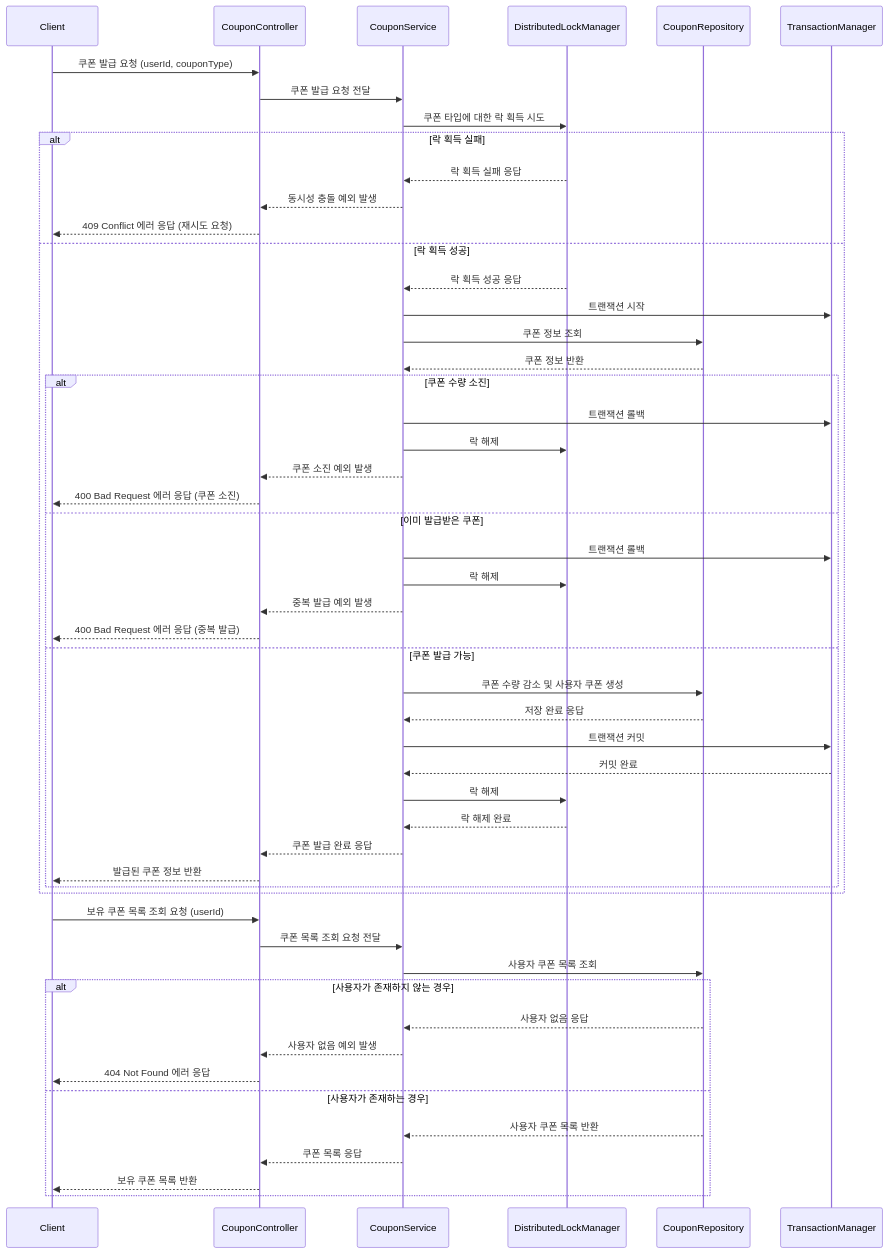
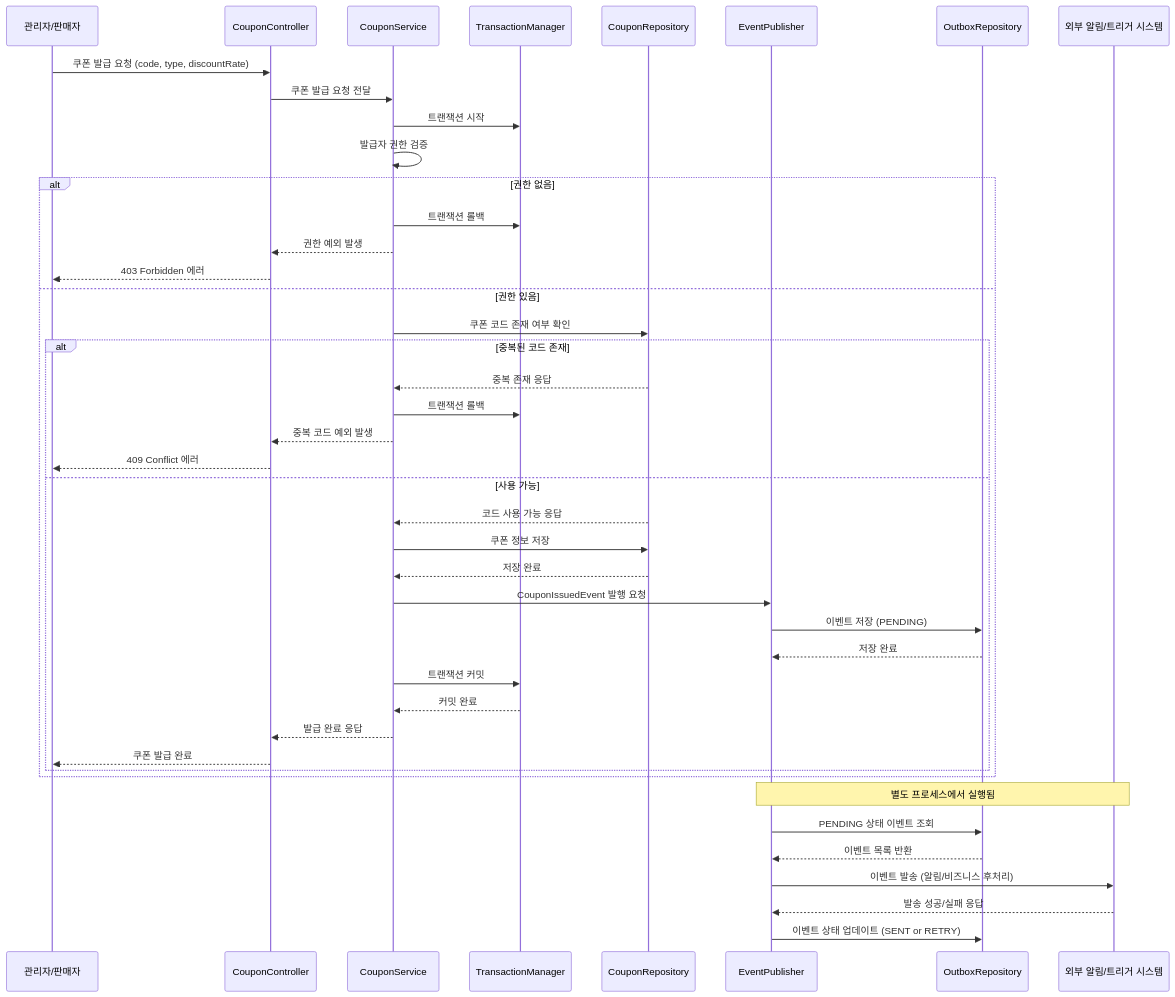
One commit to thedev-junyoung/hanghae-plus-2wd changed the diagram in docs/sequence-diagram/쿠폰발급&조회.md. Above: the diagram before and after it, drawn with Mermaid. The commit also changed 5 other files, not shown here.

````diff
--- a/docs/sequence-diagram/쿠폰발급&조회.md
+++ b/docs/sequence-diagram/쿠폰발급&조회.md
@@ -2,74 +2,66 @@
 ```mermaid
 sequenceDiagram
-    participant Client
+    participant AdminOrSeller as 관리자/판매자
     participant CouponController
     participant CouponService
-    participant DistributedLockManager
+    participant TransactionManager
     participant CouponRepository
-    participant TransactionManager
+    participant EventPublisher
+    participant OutboxRepository
+    participant ExternalTriggerSystem as 외부 알림/트리거 시스템
 
-    %% 선착순 쿠폰 발급 프로세스
-    Client->>CouponController: 쿠폰 발급 요청 (userId, couponType)
+%% 쿠폰 발급 요청
+    AdminOrSeller->>CouponController: 쿠폰 발급 요청 (code, type, discountRate)
     CouponController->>CouponService: 쿠폰 발급 요청 전달
-    
-    %% 분산 락 획득 시도
-    CouponService->>DistributedLockManager: 쿠폰 타입에 대한 락 획득 시도
-    
-    alt 락 획득 실패
-        DistributedLockManager-->>CouponService: 락 획득 실패 응답
-        CouponService-->>CouponController: 동시성 충돌 예외 발생
-        CouponController-->>Client: 409 Conflict 에러 응답 (재시도 요청)
-    else 락 획득 성공
-        DistributedLockManager-->>CouponService: 락 획득 성공 응답
-        
-        %% 트랜잭션 시작
-        CouponService->>TransactionManager: 트랜잭션 시작
-        
-        %% 쿠폰 정보 조회
-        CouponService->>CouponRepository: 쿠폰 정보 조회
-        CouponRepository-->>CouponService: 쿠폰 정보 반환
-        
-        %% 쿠폰 발급 가능 여부 확인
-        alt 쿠폰 수량 소진
+
+%% 트랜잭션 시작
+    CouponService->>TransactionManager: 트랜잭션 시작
+
+%% 발급자 권한 검증
+    CouponService->>CouponService: 발급자 권한 검증
+    alt 권한 없음
+        CouponService->>TransactionManager: 트랜잭션 롤백
+        CouponService-->>CouponController: 권한 예외 발생
+        CouponController-->>AdminOrSeller: 403 Forbidden 에러
+    else 권한 있음
+
+    %% 쿠폰 코드 중복 여부 확인
+        CouponService->>CouponRepository: 쿠폰 코드 존재 여부 확인
+        alt 중복된 코드 존재
+            CouponRepository-->>CouponService: 중복 존재 응답
             CouponService->>TransactionManager: 트랜잭션 롤백
-            CouponService->>DistributedLockManager: 락 해제
-            CouponService-->>CouponController: 쿠폰 소진 예외 발생
-            CouponController-->>Client: 400 Bad Request 에러 응답 (쿠폰 소진)
-        else 이미 발급받은 쿠폰
-            CouponService->>TransactionManager: 트랜잭션 롤백
-            CouponService->>DistributedLockManager: 락 해제
-            CouponService-->>CouponController: 중복 발급 예외 발생
-            CouponController-->>Client: 400 Bad Request 에러 응답 (중복 발급)
-        else 쿠폰 발급 가능
-            %% 쿠폰 남은 수량 감소 및 사용자 쿠폰 발급
-            CouponService->>CouponRepository: 쿠폰 수량 감소 및 사용자 쿠폰 생성
-            CouponRepository-->>CouponService: 저장 완료 응답
-            
-            %% 트랜잭션 커밋
+            CouponService-->>CouponController: 중복 코드 예외 발생
+            CouponController-->>AdminOrSeller: 409 Conflict 에러
+        else 사용 가능
+            CouponRepository-->>CouponService: 코드 사용 가능 응답
+
+        %% 쿠폰 생성 및 저장
+            CouponService->>CouponRepository: 쿠폰 정보 저장
+            CouponRepository-->>CouponService: 저장 완료
+
+        %% 쿠폰 발급 이벤트 저장 (Outbox)
+            CouponService->>EventPublisher: CouponIssuedEvent 발행 요청
+            EventPublisher->>OutboxRepository: 이벤트 저장 (PENDING)
+            OutboxRepository-->>EventPublisher: 저장 완료
+
+        %% 트랜잭션 커밋
             CouponService->>TransactionManager: 트랜잭션 커밋
             TransactionManager-->>CouponService: 커밋 완료
-            
-            %% 락 해제
-            CouponService->>DistributedLockManager: 락 해제
-            DistributedLockManager-->>CouponService: 락 해제 완료
-            
-            CouponService-->>CouponController: 쿠폰 발급 완료 응답
-            CouponController-->>Client: 발급된 쿠폰 정보 반환
+
+            CouponService-->>CouponController: 발급 완료 응답
+            CouponController-->>AdminOrSeller: 쿠폰 발급 완료
         end
     end
-    
-    %% 보유 쿠폰 목록 조회 프로세스
-    Client->>CouponController: 보유 쿠폰 목록 조회 요청 (userId)
-    CouponController->>CouponService: 쿠폰 목록 조회 요청 전달
-    CouponService->>CouponRepository: 사용자 쿠폰 목록 조회
-    
-    alt 사용자가 존재하지 않는 경우
-        CouponRepository-->>CouponService: 사용자 없음 응답
-        CouponService-->>CouponController: 사용자 없음 예외 발생
-        CouponController-->>Client: 404 Not Found 에러 응답
-    else 사용자가 존재하는 경우
-        CouponRepository-->>CouponService: 사용자 쿠폰 목록 반환
-        CouponService-->>CouponController: 쿠폰 목록 응답
-        CouponController-->>Client: 보유 쿠폰 목록 반환
-    end
+
+%% --- 비동기 이벤트 발행 ---
+    Note over EventPublisher, ExternalTriggerSystem: 별도 프로세스에서 실행됨
+
+    EventPublisher->>OutboxRepository: PENDING 상태 이벤트 조회
+    OutboxRepository-->>EventPublisher: 이벤트 목록 반환
+
+    EventPublisher->>ExternalTriggerSystem: 이벤트 발송 (알림/비즈니스 후처리)
+    ExternalTriggerSystem-->>EventPublisher: 발송 성공/실패 응답
+
+    EventPublisher->>OutboxRepository: 이벤트 상태 업데이트 (SENT or RETRY)
+
 ```
````
